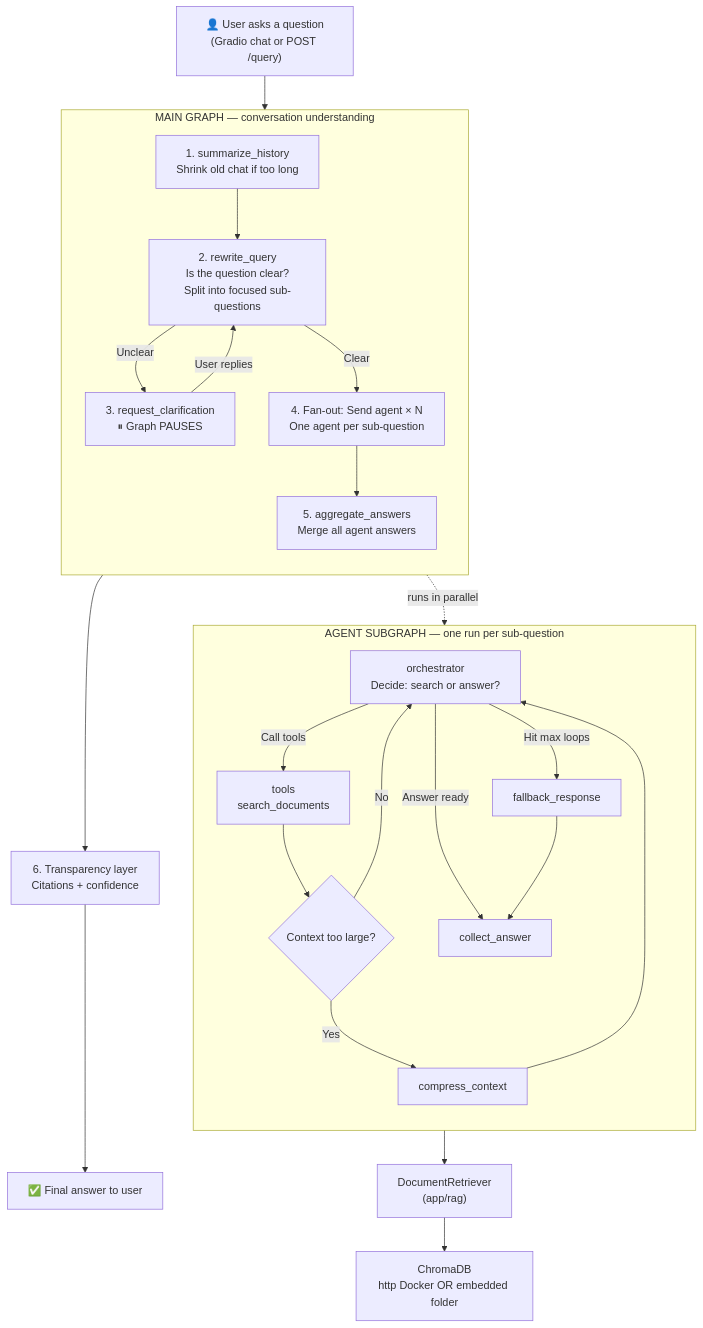
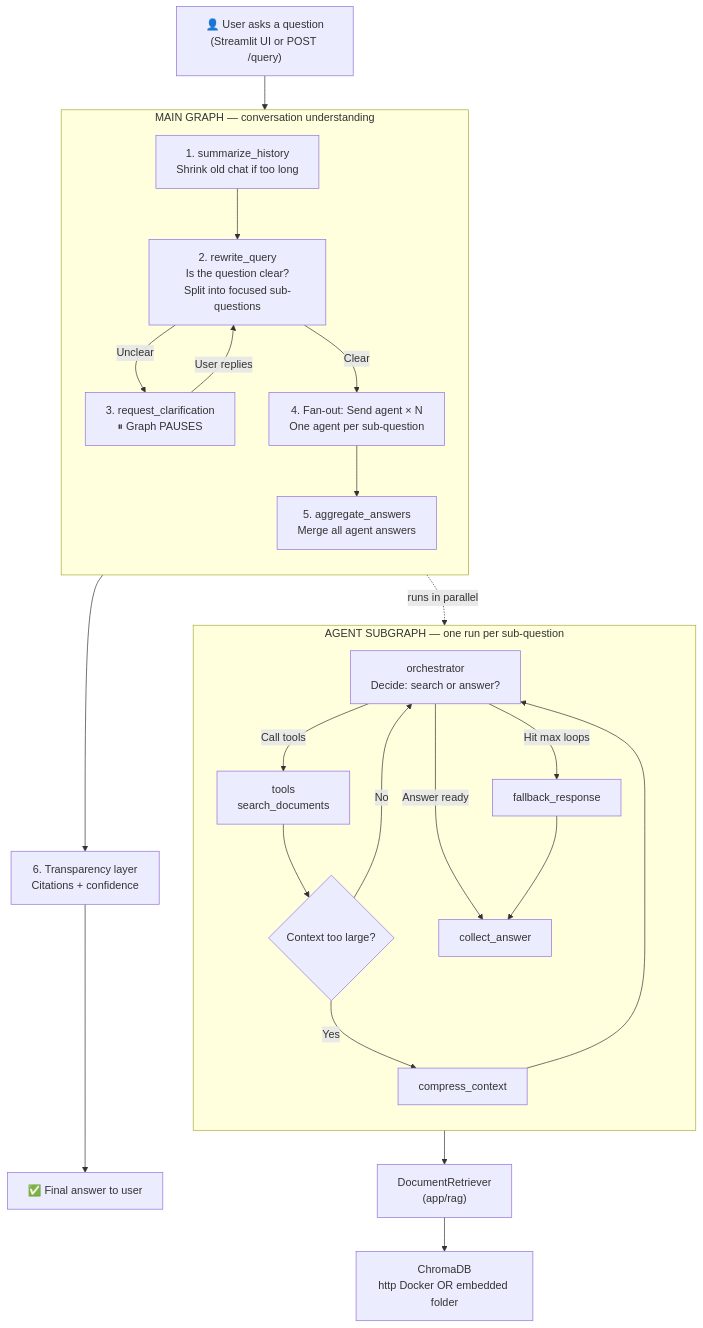
The first of 4 diagrams in README.md (NandiniSonar248/Development-of-AI-Based-Knowledge-Retrieval-Platform-with-Query-Resolution-System), drawn with Mermaid before and after one commit. The commit also changed other lines of this file and 8 other files, not shown here.

````diff
--- a/README.md
+++ b/README.md
@@ -93,31 +104,31 @@
 ```mermaid
 flowchart TD
-    U["👤 User asks a question<br/>(Gradio chat or POST /query)"] --> M
+    U["👤 User asks a question<br/>(Streamlit UI or POST /query)"] --> M
 
     subgraph MAIN["MAIN GRAPH — conversation understanding"]
         direction TB
         M["1. summarize_history<br/>Shrink old chat if too long"] --> R["2. rewrite_query<br/>Is the question clear?<br/>Split into focused sub-questions"]
         R -->|Unclear| C["3. request_clarification<br/>⏸ Graph PAUSES"]
         C -->|User replies| R
         R -->|Clear| F["4. Fan-out: Send agent × N<br/>One agent per sub-question"]
         F --> A["5. aggregate_answers<br/>Merge all agent answers"]
     end
 
     A --> T["6. Transparency layer<br/>Citations + confidence"]
     T --> OUT["✅ Final answer to user"]
 
     F -.->|runs in parallel| AG
 
     subgraph AG["AGENT SUBGRAPH — one run per sub-question"]
         direction TB
         O["orchestrator<br/>Decide: search or answer?"] -->|Call tools| TOOLS["tools<br/>search_documents"]
         TOOLS --> SC{"Context too large?"}
         SC -->|Yes| CC["compress_context"] --> O
         SC -->|No| O
         O -->|Answer ready| CA["collect_answer"]
         O -->|Hit max loops| FB["fallback_response"] --> CA
     end
 
     TOOLS --> RET["DocumentRetriever<br/>(app/rag)"]
     RET --> CH["ChromaDB<br/>http Docker OR embedded folder"]
 ```
````
